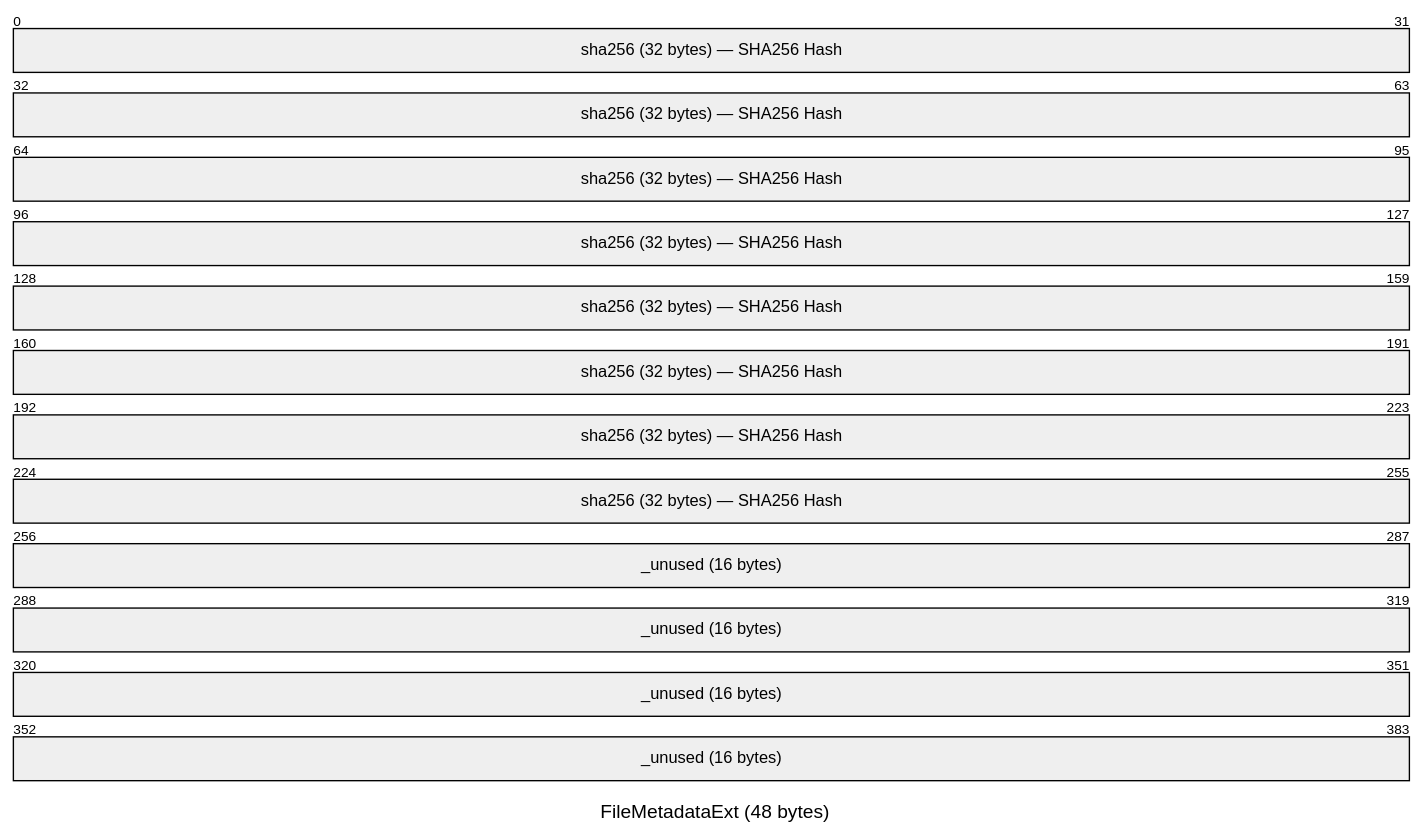
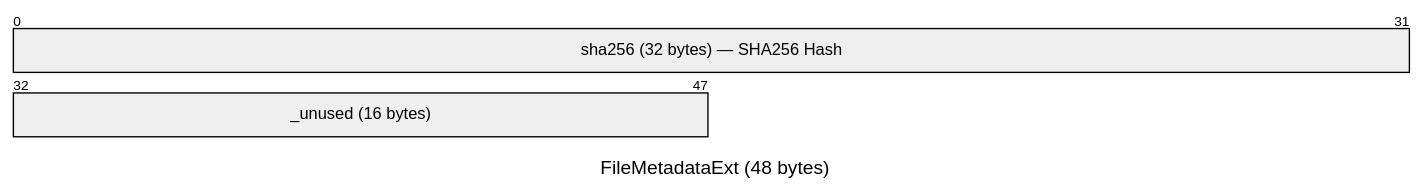
Before and after one commit to huggingface/hub-docs: the fifth of 8 diagrams in docs/xet/shard.md, drawn with Mermaid. The commit also changed other lines of this file and 1 other file, not shown here.

First line of the commit message:
Switch packet diagrams to byte-level addressing for readability

````diff
--- a/docs/xet/shard.md
+++ b/docs/xet/shard.md
@@ -314,8 +314,8 @@
 ```mermaid
 ---
 title: "FileMetadataExt (48 bytes)"
 ---
 packet
-  0-255: "sha256 (32 bytes) — SHA256 Hash"
-  256-383: "_unused (16 bytes)"
+  0-31: "sha256 (32 bytes) — SHA256 Hash"
+  32-47: "_unused (16 bytes)"
 ```
````
